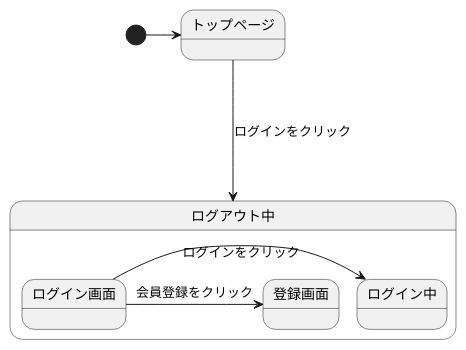
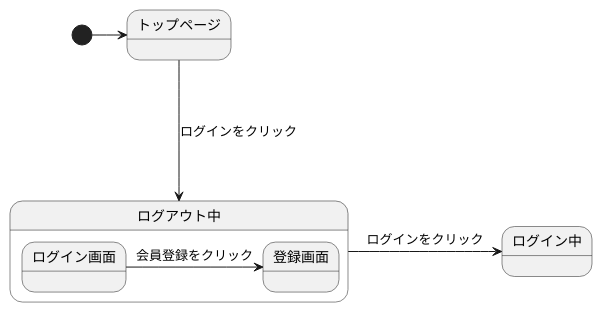
The diagram in gamen2.md (Aso2001409/2021sys-design), drawn with PlantUML before and after one commit.

````diff
--- a/gamen2.md
+++ b/gamen2.md
@@ -1,14 +1,13 @@
 ```uml
 @startuml
 [*]->トップページ
-  トップページ--->ログアウト中 :ログインをクリック
+トップページ--->ログアウト中 :ログインをクリック
 state ログアウト中{
-
-  ログイン画面->ログイン中 :ログインをクリック
   ログイン画面->登録画面 :会員登録をクリック
 }
+ログアウト中->ログイン中 :ログインをクリック
 state ログイン中{
   
   }
 @enduml
 ```
````
